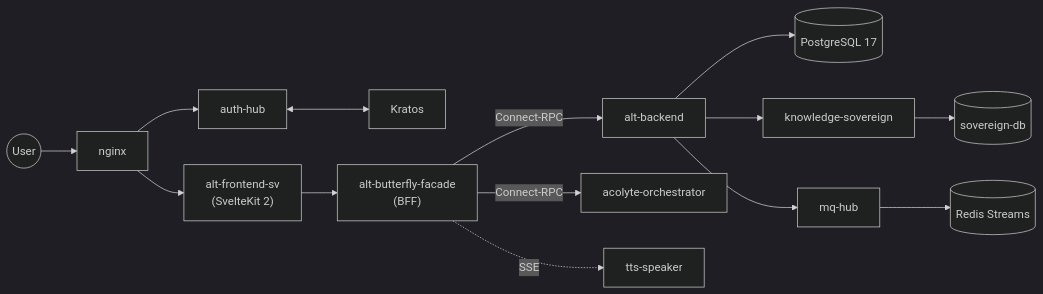
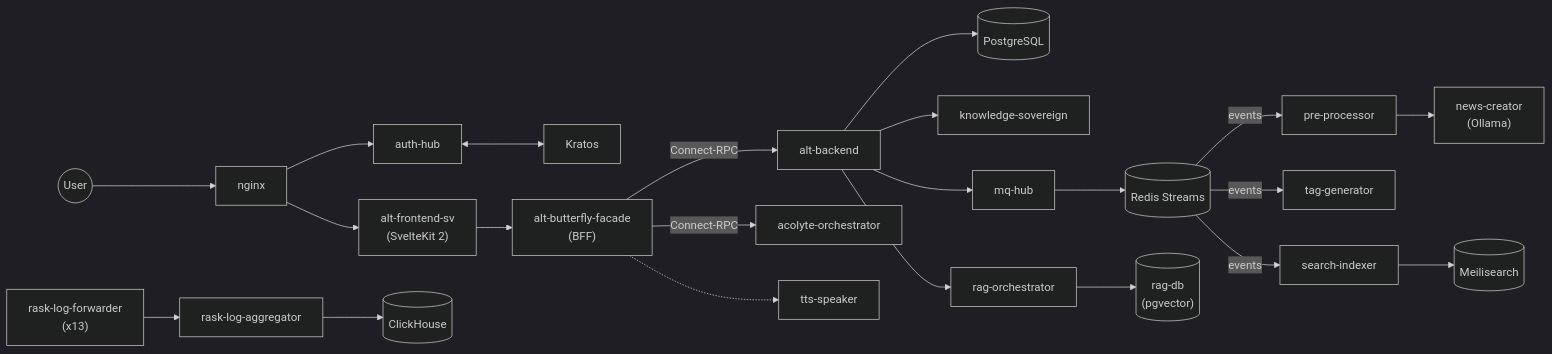
The diagram in README.md (Kaikei-e/Alt), drawn with Mermaid (dark theme) before and after one commit. The commit also changed other lines of this file, not shown here.

First line of the commit message:
Refine README.md to enhance project clarity and architecture overview

````diff
--- a/README.md
+++ b/README.md
@@ -47,19 +47,29 @@
 ```mermaid
 flowchart LR
     User((User)) --> nginx
     nginx --> auth-hub
     auth-hub <--> Kratos
 
     nginx --> FE["alt-frontend-sv<br/>(SvelteKit 2)"]
     FE --> BFF["alt-butterfly-facade<br/>(BFF)"]
 
     BFF -->|Connect-RPC| BE[alt-backend]
     BFF -->|Connect-RPC| ACOL[acolyte-orchestrator]
-    BFF -.->|SSE| TTS[tts-speaker]
+    BFF -.-> TTS[tts-speaker]
 
-    BE --> DB[(PostgreSQL 17)]
+    BE --> DB[(PostgreSQL)]
     BE --> KS[knowledge-sovereign]
-    KS --> KSDB[(sovereign-db)]
     BE --> MQ[mq-hub]
     MQ --> RS[(Redis Streams)]
+
+    RS -->|events| PP[pre-processor]
+    RS -->|events| TG[tag-generator]
+    RS -->|events| SI[search-indexer]
+    PP --> NC["news-creator<br/>(Ollama)"]
+    SI --> Meili[(Meilisearch)]
+
+    BE --> RAG[rag-orchestrator]
+    RAG --> RAGDB[("rag-db<br/>(pgvector)")]
+
+    RLF["rask-log-forwarder<br/>(x13)"] --> RLA[rask-log-aggregator] --> CH[(ClickHouse)]
 ```
````
